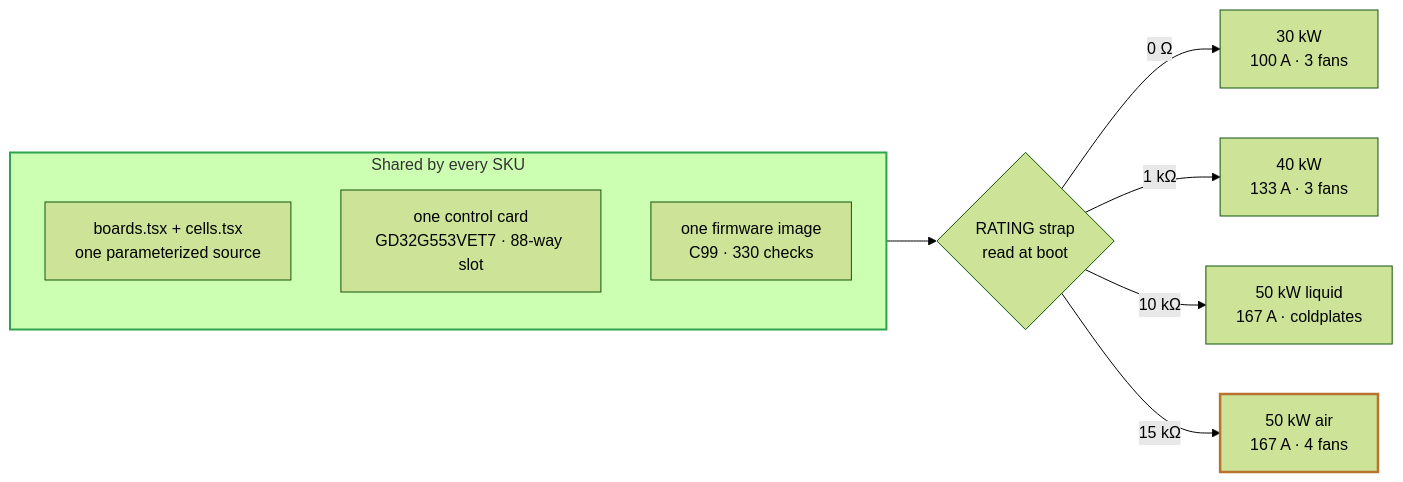
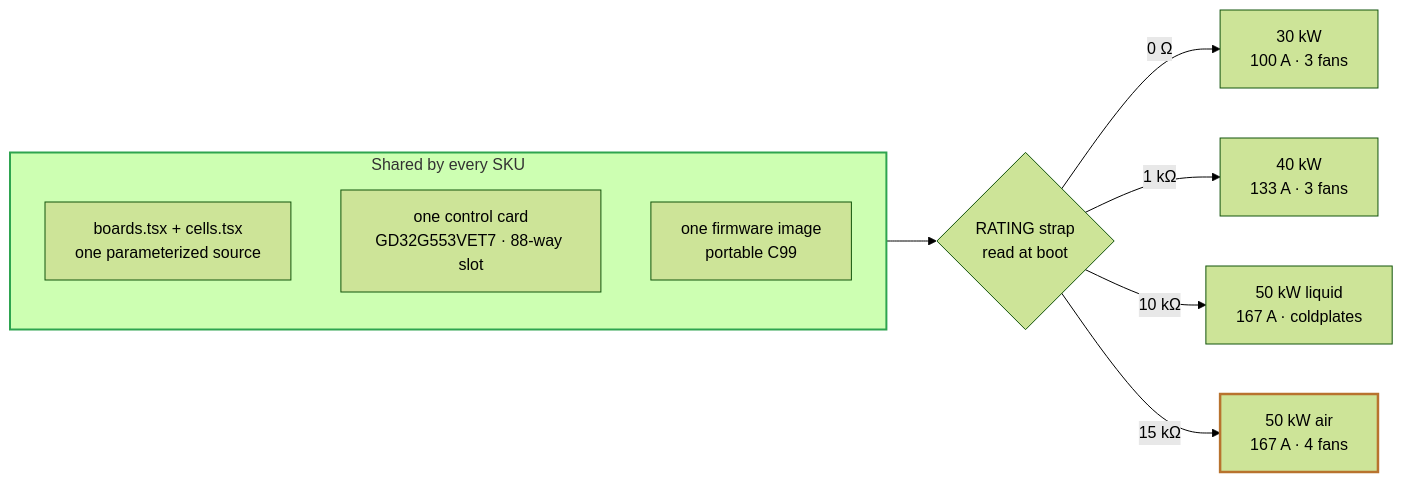
Before and after one commit to vectivolt/DC-Modules: the second of 3 diagrams in boards/README-module-family.md, drawn with Mermaid (forest theme). The commit also changed other lines of this file and 802 other files, not shown here.

````diff
--- a/boards/README-module-family.md
+++ b/boards/README-module-family.md
@@ -53,17 +53,17 @@
 ```mermaid
 flowchart LR
   subgraph SHARED["Shared by every SKU"]
     direction TB
     SRC["boards.tsx + cells.tsx<br/>one parameterized source"]
     CARD["one control card<br/>GD32G553VET7 · 88-way slot"]
-    FW["one firmware image<br/>C99 · 330 checks"]
+    FW["one firmware image<br/>portable C99"]
   end
   STRAP{"RATING strap<br/>read at boot"}
   SHARED --> STRAP
   STRAP -- "0 Ω" --> M30["30 kW<br/>100 A · 3 fans"]
   STRAP -- "1 kΩ" --> M40["40 kW<br/>133 A · 3 fans"]
   STRAP -- "10 kΩ" --> M50L["50 kW liquid<br/>167 A · coldplates"]
   STRAP -- "15 kΩ" --> M50A["50 kW air<br/>167 A · 4 fans"]
   style SHARED stroke:#2ea44f,stroke-width:2px
   style M50A stroke:#b8732e,stroke-width:2.5px
 ```
````
